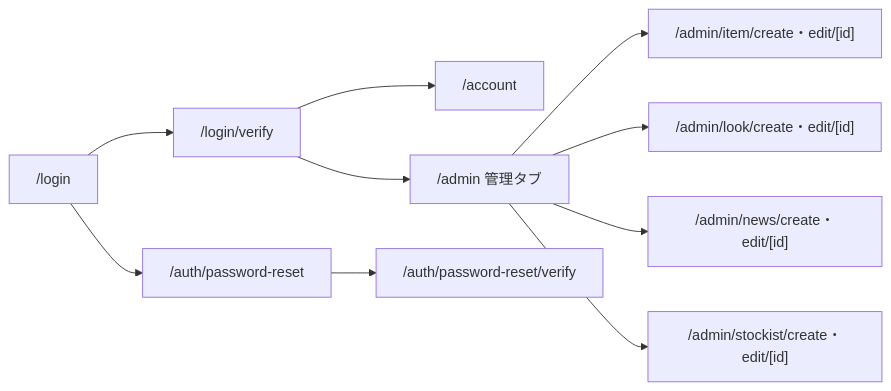
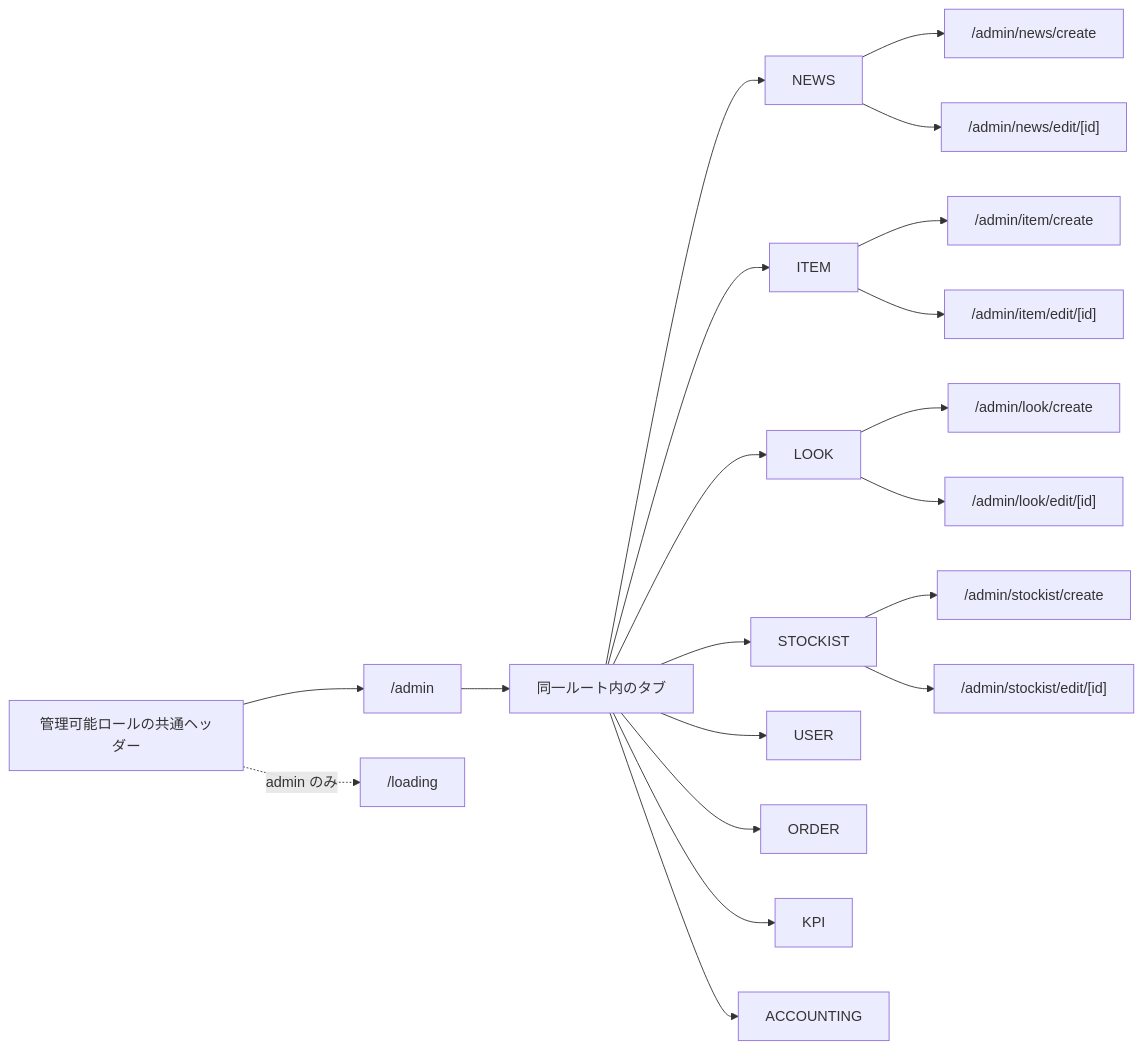
Before and after one commit to ChocoWork/o_official: the fourth of 4 diagrams in docs/03_BasicDesign/ui/screen-flow.md, drawn with Mermaid. The commit also changed other lines of this file and 1 other file, not shown here.

Commit message:
docs: 画面一覧と遷移図を現行実装に同期

````diff
--- a/docs/03_BasicDesign/ui/screen-flow.md
+++ b/docs/03_BasicDesign/ui/screen-flow.md
@@ -31,12 +120,22 @@
 ```mermaid
 flowchart LR
-    Login["/login"] --> Verify["/login/verify"]
-    Verify --> Account["/account"]
-    Verify --> Admin["/admin 管理タブ"]
-    Login --> Reset["/auth/password-reset"]
-    Reset --> ResetVerify["/auth/password-reset/verify"]
-    Admin --> ItemEdit["/admin/item/create・edit/[id]"]
-    Admin --> LookEdit["/admin/look/create・edit/[id]"]
-    Admin --> NewsEdit["/admin/news/create・edit/[id]"]
-    Admin --> StockistEdit["/admin/stockist/create・edit/[id]"]
+    Header["管理可能ロールの共通ヘッダー"] --> Admin["/admin"]
+    Admin --> AdminTabs["同一ルート内のタブ"]
+    AdminTabs --> News["NEWS"]
+    AdminTabs --> Item["ITEM"]
+    AdminTabs --> Look["LOOK"]
+    AdminTabs --> Stockist["STOCKIST"]
+    AdminTabs --> User["USER"]
+    AdminTabs --> Order["ORDER"]
+    AdminTabs --> Kpi["KPI"]
+    AdminTabs --> Accounting["ACCOUNTING"]
+    News --> NewsCreate["/admin/news/create"]
+    News --> NewsEdit["/admin/news/edit/[id]"]
+    Item --> ItemCreate["/admin/item/create"]
+    Item --> ItemEdit["/admin/item/edit/[id]"]
+    Look --> LookCreate["/admin/look/create"]
+    Look --> LookEdit["/admin/look/edit/[id]"]
+    Stockist --> StockistCreate["/admin/stockist/create"]
+    Stockist --> StockistEdit["/admin/stockist/edit/[id]"]
+    Header -. admin のみ .-> Loading["/loading"]
 ```
````
